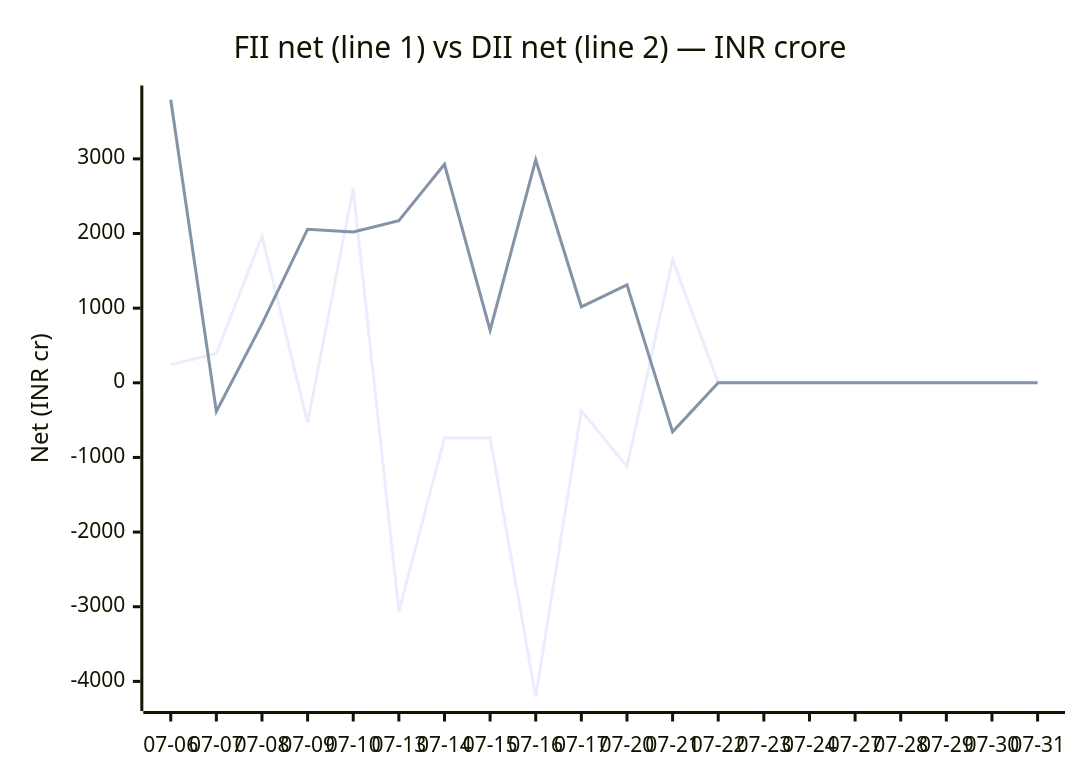
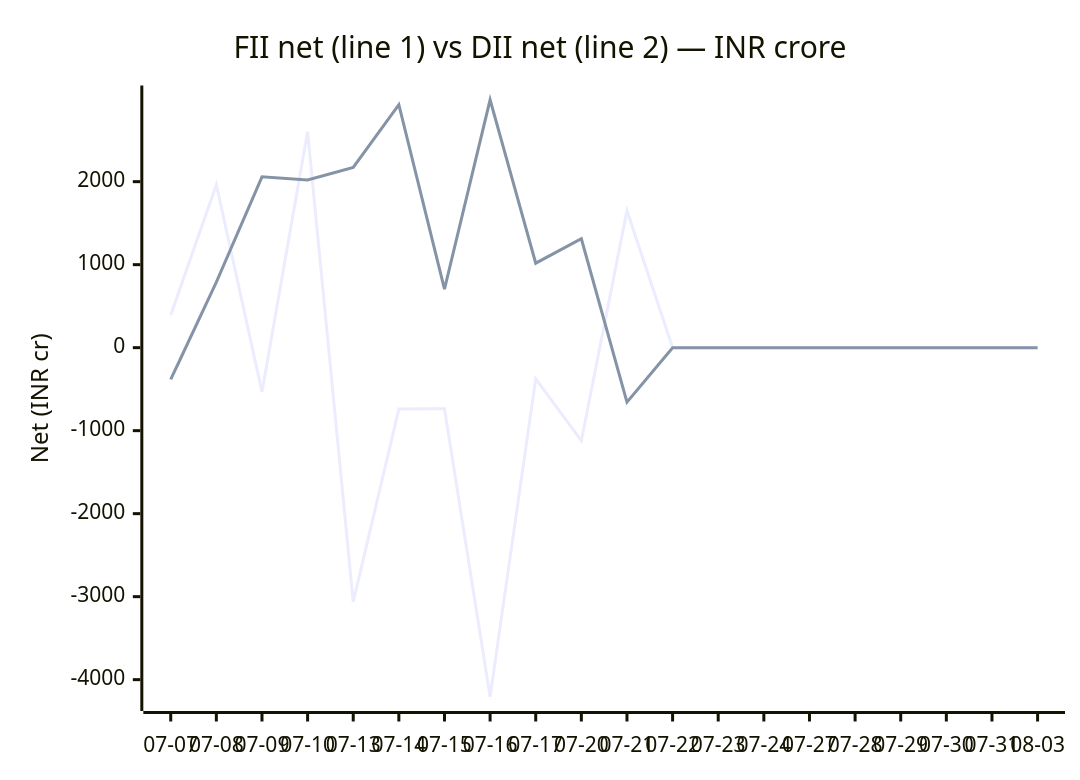
One commit to chirag127/fii-dii-activity-api changed the diagram in README.md. Above: the diagram before and after it, drawn with Mermaid. The commit also changed 2 other files, not shown here.

Commit message:
data: scrape 2026-08-03

````diff
--- a/README.md
+++ b/README.md
@@ -25,8 +25,8 @@
 ```mermaid
 xychart-beta
     title "FII net (line 1) vs DII net (line 2) — INR crore"
-    x-axis ["07-06", "07-07", "07-08", "07-09", "07-10", "07-13", "07-14", "07-15", "07-16", "07-17", "07-20", "07-21", "07-22", "07-23", "07-24", "07-27", "07-28", "07-29", "07-30", "07-31"]
-    y-axis "Net (INR cr)" -4206 --> 3792
-    line [243.03, 393.19, 1962.8, -532.86, 2603.72, -3062.27, -739.69, -735.83, -4205.56, -376.41, -1121.04, 1650.16, 0, 0, 0, 0, 0, 0, 0, 0]
-    line [3791.42, -383.43, 790.16, 2057.79, 2019.68, 2171.7, 2927.71, 704.93, 2986.41, 1017.89, 1312.03, -656.88, 0, 0, 0, 0, 0, 0, 0, 0]
+    x-axis ["07-07", "07-08", "07-09", "07-10", "07-13", "07-14", "07-15", "07-16", "07-17", "07-20", "07-21", "07-22", "07-23", "07-24", "07-27", "07-28", "07-29", "07-30", "07-31", "08-03"]
+    y-axis "Net (INR cr)" -4206 --> 2987
+    line [393.19, 1962.8, -532.86, 2603.72, -3062.27, -739.69, -735.83, -4205.56, -376.41, -1121.04, 1650.16, 0, 0, 0, 0, 0, 0, 0, 0, 0]
+    line [-383.43, 790.16, 2057.79, 2019.68, 2171.7, 2927.71, 704.93, 2986.41, 1017.89, 1312.03, -656.88, 0, 0, 0, 0, 0, 0, 0, 0, 0]
 ```
````
